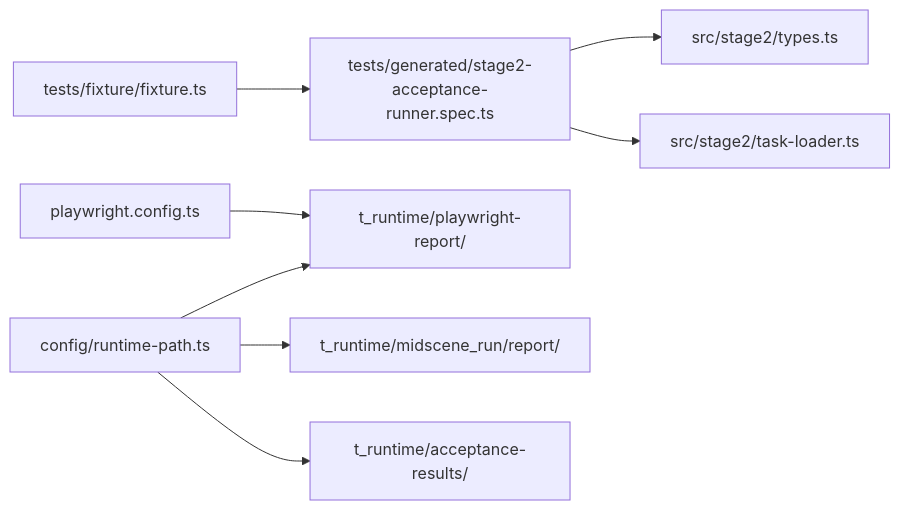
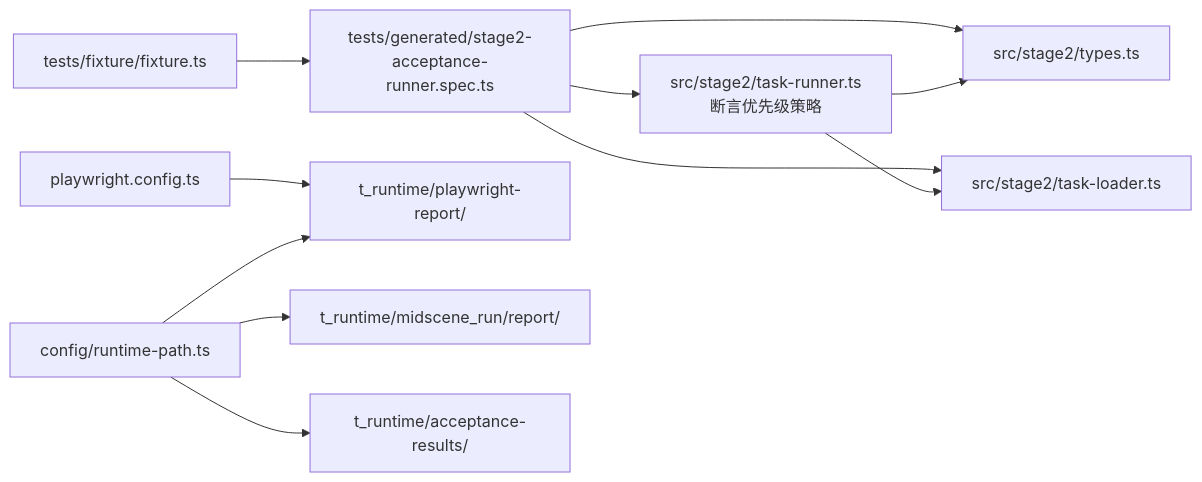
One commit to Jiane-EJ/playwright-mind changed the seventh of 7 diagrams in .qoder/repowiki/zh/content/测试规范/测试规范.md. Above: the diagram before and after it, drawn with Mermaid. The commit also changed other lines of this file and 5 other files, not shown here.

````diff
--- a/.qoder/repowiki/zh/content/测试规范/测试规范.md
+++ b/.qoder/repowiki/zh/content/测试规范/测试规范.md
@@ -329,10 +399,13 @@
 ```mermaid
 graph LR
 Fixture["tests/fixture/fixture.ts"] --> RunnerSpec["tests/generated/stage2-acceptance-runner.spec.ts"]
 RunnerSpec --> Types["src/stage2/types.ts"]
 RunnerSpec --> Loader["src/stage2/task-loader.ts"]
+RunnerSpec --> TaskRunner["src/stage2/task-runner.ts<br/>断言优先级策略"]
 Config["playwright.config.ts"] --> Reports["t_runtime/playwright-report/"]
 Runtime["config/runtime-path.ts"] --> Reports
 Runtime --> Midscene["t_runtime/midscene_run/report/"]
 Runtime --> Acceptance["t_runtime/acceptance-results/"]
+TaskRunner --> Types
+TaskRunner --> Loader
 ```
````
